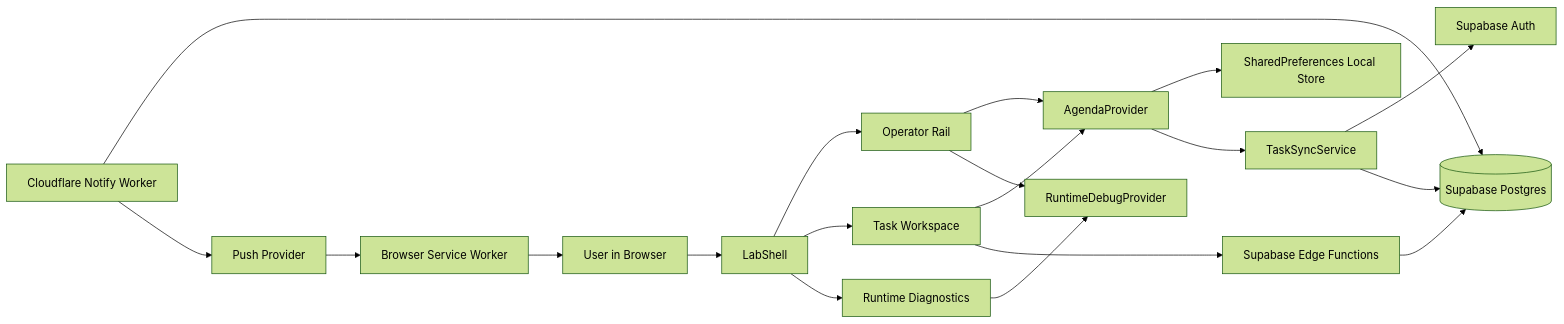
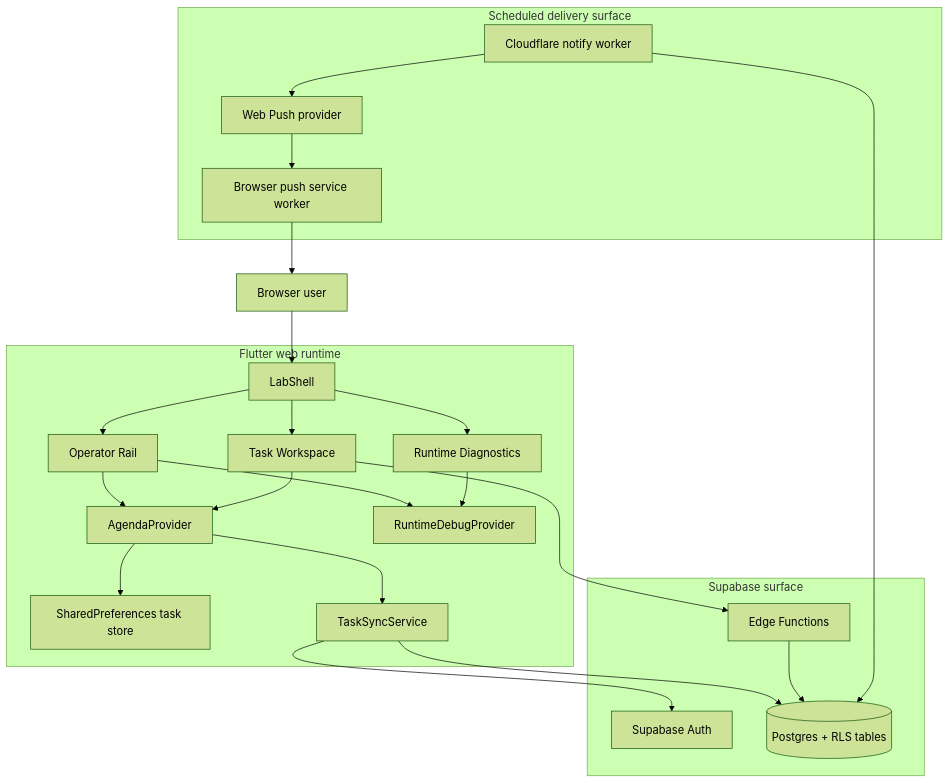
The first of 3 diagrams in docs/ARCHITECTURE.md (eliasfeijo/saas-reliability-lab), drawn with Mermaid (forest theme) before and after one commit. The commit also changed other lines of this file and 4 other files, not shown here.

Commit message:
docs: improve architecture and workflow diagrams

````diff
--- a/docs/ARCHITECTURE.md
+++ b/docs/ARCHITECTURE.md
@@ -69,37 +71,47 @@
 ```mermaid
-flowchart LR
-    User[User in Browser]
-    Shell[LabShell]
-    Left[Operator Rail]
-    Center[Task Workspace]
-    Right[Runtime Diagnostics]
-    Agenda[AgendaProvider]
-    Runtime[RuntimeDebugProvider]
-    LocalState[SharedPreferences Local Store]
-    Sync[TaskSyncService]
-    Auth[Supabase Auth]
-    DB[(Supabase Postgres)]
-    Edge[Supabase Edge Functions]
-    Worker[Cloudflare Notify Worker]
-    Push[Push Provider]
-    SW[Browser Service Worker]
+flowchart TD
+    User["Browser user"]
+
+    subgraph Browser["Flutter web runtime"]
+        Shell["LabShell"]
+        Left["Operator Rail"]
+        Workspace["Task Workspace"]
+        Diagnostics["Runtime Diagnostics"]
+        Agenda["AgendaProvider"]
+        Runtime["RuntimeDebugProvider"]
+        Local["SharedPreferences task store"]
+        Sync["TaskSyncService"]
+
+        Shell --> Left
+        Shell --> Workspace
+        Shell --> Diagnostics
+        Left --> Agenda
+        Left --> Runtime
+        Workspace --> Agenda
+        Diagnostics --> Runtime
+        Agenda --> Local
+        Agenda --> Sync
+    end
+
+    subgraph Cloud["Supabase surface"]
+        Auth["Supabase Auth"]
+        DB[("Postgres + RLS tables")]
+        Edge["Edge Functions"]
+    end
+
+    subgraph Delivery["Scheduled delivery surface"]
+        Worker["Cloudflare notify worker"]
+        Push["Web Push provider"]
+        PushSW["Browser push service worker"]
+    end
 
     User --> Shell
-    Shell --> Left
-    Shell --> Center
-    Shell --> Right
-    Center --> Agenda
-    Left --> Agenda
-    Left --> Runtime
-    Right --> Runtime
-    Agenda --> LocalState
-    Agenda --> Sync
     Sync --> Auth
     Sync --> DB
-    Center --> Edge
+    Workspace --> Edge
     Edge --> DB
     Worker --> DB
     Worker --> Push
-    Push --> SW
-    SW --> User
+    Push --> PushSW
+    PushSW --> User
 ```
````
